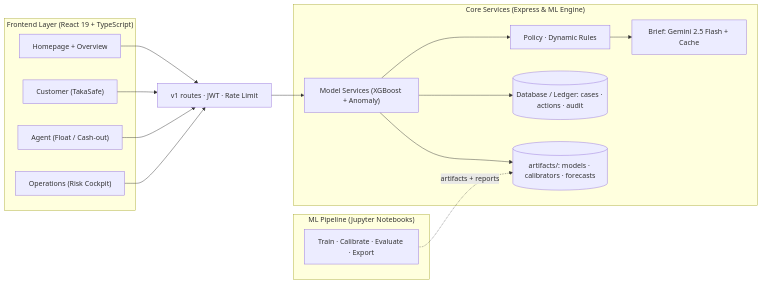
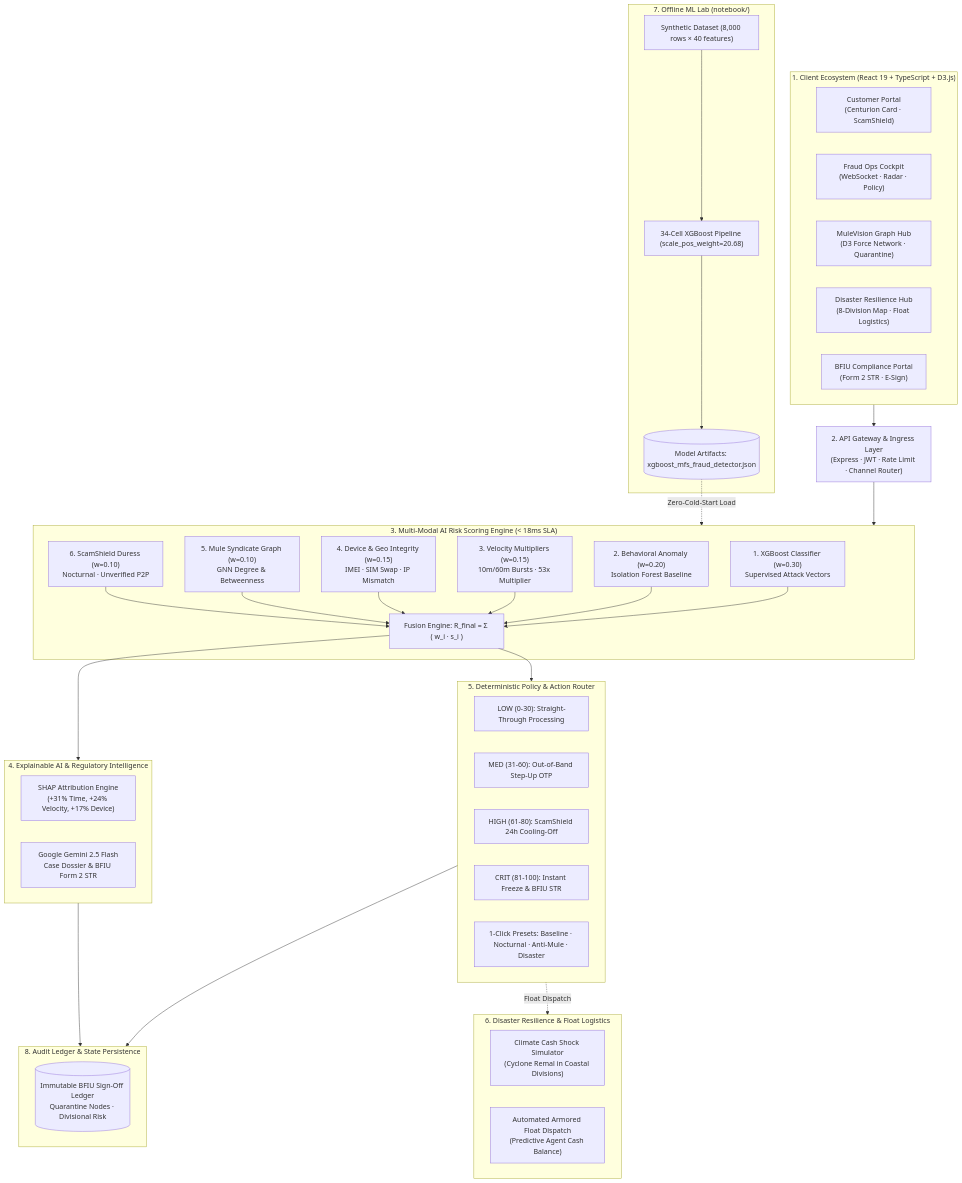
The first of 3 diagrams in README.md (Tanvir4n/TakaSafe), drawn with Mermaid before and after one commit. The commit also changed other lines of this file and 1 other file, not shown here.

Commit message:
docs: update project architecture documentation
Refine the README component descriptions to reflect current features and update the system architecture SVG styling.

````diff
--- a/README.md
+++ b/README.md
@@ -63,35 +85,62 @@
 ```mermaid
-graph LR
-    subgraph Frontend["Frontend Layer (React 19 + TypeScript)"]
-        UI_Home["Homepage + Overview"]
-        UI_Cust["Customer (TakaSafe)"]
-        UI_Agent["Agent (Float / Cash-out)"]
-        UI_Ops["Operations (Risk Cockpit)"]
+graph TD
+    subgraph Clients["1. Client Ecosystem (React 19 + TypeScript + D3.js)"]
+        UI_Cust["Customer Portal\n(Centurion Card · ScamShield)"]
+        UI_Ops["Fraud Ops Cockpit\n(WebSocket · Radar · Policy)"]
+        UI_Mule["MuleVision Graph Hub\n(D3 Force Network · Quarantine)"]
+        UI_Disaster["Disaster Resilience Hub\n(8-Division Map · Float Logistics)"]
+        UI_Comp["BFIU Compliance Portal\n(Form 2 STR · E-Sign)"]
     end
 
-    Gateway["v1 routes · JWT · Rate Limit"]
+    Gateway["2. API Gateway & Ingress Layer\n(Express · JWT · Rate Limit · Channel Router)"]
 
-    subgraph Backend["Core Services (Express & ML Engine)"]
-        ModelSvc["Model Services (XGBoost + Anomaly)"]
-        Policy["Policy · Dynamic Rules"]
-        Gemini["Brief: Gemini 2.5 Flash + Cache"]
-        DB[(Database / Ledger: cases · actions · audit)]
-        Artifacts[("artifacts/: models · calibrators · forecasts")]
+    subgraph ScoringEngine["3. Multi-Modal AI Risk Scoring Engine (< 18ms SLA)"]
+        XGB["1. XGBoost Classifier (w=0.30)\nSupervised Attack Vectors"]
+        Iso["2. Behavioral Anomaly (w=0.20)\nIsolation Forest Baseline"]
+        Vel["3. Velocity Multipliers (w=0.15)\n10m/60m Bursts · 53x Multiplier"]
+        Dev["4. Device & Geo Integrity (w=0.15)\nIMEI · SIM Swap · IP Mismatch"]
+        Mule["5. Mule Syndicate Graph (w=0.10)\nGNN Degree & Betweenness"]
+        Scam["6. ScamShield Duress (w=0.10)\nNocturnal · Unverified P2P"]
+        Formula["Fusion Engine: R_final = Σ ( w_i · s_i )"]
     end
 
-    subgraph OfflineML["ML Pipeline (Jupyter Notebooks)"]
-        Notebook["Train · Calibrate · Evaluate · Export"]
+    subgraph ExplainableAI["4. Explainable AI & Regulatory Intelligence"]
+        SHAP["SHAP Attribution Engine\n(+31% Time, +24% Velocity, +17% Device)"]
+        Gemini["Google Gemini 2.5 Flash\nCase Dossier & BFIU Form 2 STR"]
     end
 
-    UI_Home --> Gateway
-    UI_Cust --> Gateway
-    UI_Agent --> Gateway
-    UI_Ops --> Gateway
+    subgraph ActionEngine["5. Deterministic Policy & Action Router"]
+        T1["LOW (0-30): Straight-Through Processing"]
+        T2["MED (31-60): Out-of-Band Step-Up OTP"]
+        T3["HIGH (61-80): ScamShield 24h Cooling-Off"]
+        T4["CRIT (81-100): Instant Freeze & BFIU STR"]
+        Presets["1-Click Presets: Baseline · Nocturnal · Anti-Mule · Disaster"]
+    end
 
-    Gateway --> ModelSvc
-    ModelSvc --> Policy
-    Policy --> Gemini
-    ModelSvc --> DB
-    ModelSvc --> Artifacts
-    Notebook -. "artifacts + reports" .-> Artifacts
+    subgraph DisasterEngine["6. Disaster Resilience & Float Logistics"]
+        Cyclone["Climate Cash Shock Simulator\n(Cyclone Remal in Coastal Divisions)"]
+        Armored["Automated Armored Float Dispatch\n(Predictive Agent Cash Balance)"]
+    end
+
+    subgraph OfflineMLLab["7. Offline ML Lab (notebook/)"]
+        Dataset["Synthetic Dataset (8,000 rows × 40 features)"]
+        Notebook["34-Cell XGBoost Pipeline (scale_pos_weight=20.68)"]
+        Artifacts[("Model Artifacts: xgboost_mfs_fraud_detector.json")]
+    end
+
+    subgraph Persistence["8. Audit Ledger & State Persistence"]
+        AuditDB[("Immutable BFIU Sign-Off Ledger\nQuarantine Nodes · Divisional Risk")]
+    end
+
+    Clients --> Gateway
+    Gateway --> ScoringEngine
+    XGB & Iso & Vel & Dev & Mule & Scam --> Formula
+    Formula --> ExplainableAI
+    Formula --> ActionEngine
+    ActionEngine -. "Float Dispatch" .-> DisasterEngine
+    ActionEngine --> Persistence
+    ExplainableAI --> Persistence
+    Dataset --> Notebook
+    Notebook --> Artifacts
+    Artifacts -. "Zero-Cold-Start Load" .-> ScoringEngine
 ```
````
